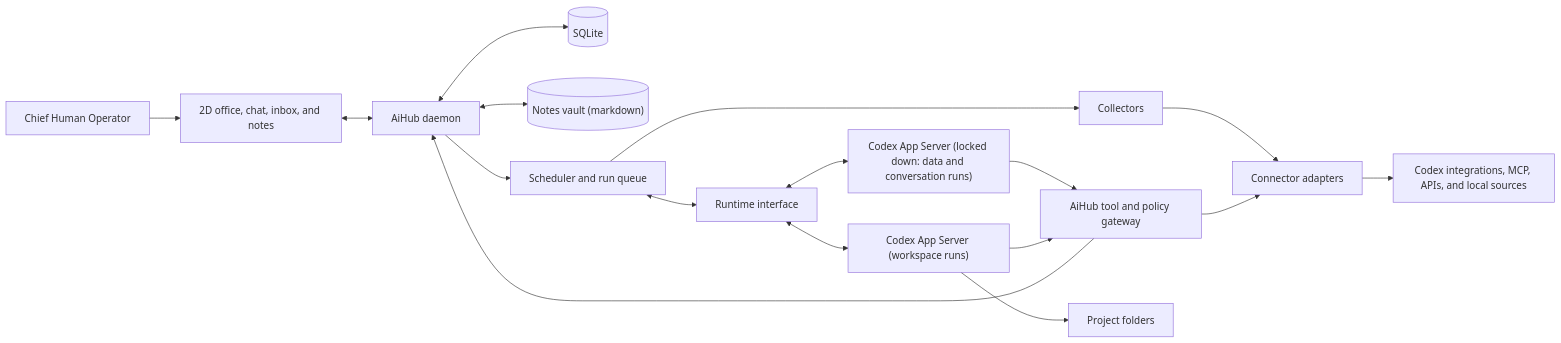
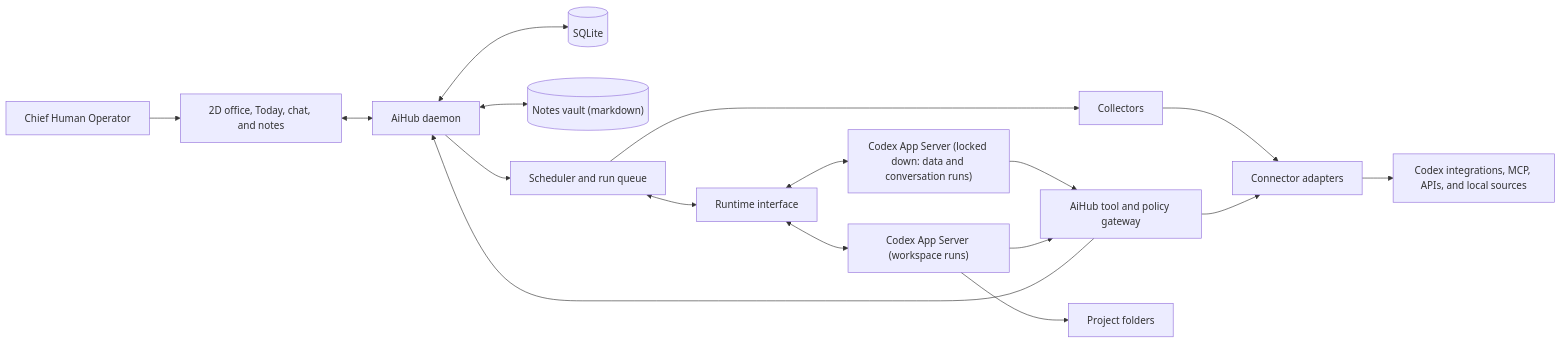
One commit to berggrenmille/AiHub changed the diagram in DESIGN.md. Above: the diagram before and after it, drawn with Mermaid. The commit also changed other lines of this file and 30 other files, not shown here.

First line of the commit message:
Read the briefing on a Today page: what needs the operator first, then each supervisor's section

````diff
--- a/DESIGN.md
+++ b/DESIGN.md
@@ -73,19 +75,19 @@
 ```mermaid
 flowchart LR
-    U["Chief Human Operator"] --> UI["2D office, chat, inbox, and notes"]
+    U["Chief Human Operator"] --> UI["2D office, Today, chat, and notes"]
     UI <--> H["AiHub daemon"]
     H <--> DB[("SQLite")]
     H <--> V[("Notes vault (markdown)")]
     H --> Q["Scheduler and run queue"]
     Q --> K["Collectors"]
     K --> C["Connector adapters"]
     Q <--> RI["Runtime interface"]
     RI <--> R["Codex App Server (locked down: data and conversation runs)"]
     RI <--> W["Codex App Server (workspace runs)"]
     R --> P["AiHub tool and policy gateway"]
     W --> P
     W --> F["Project folders"]
     P --> H
     P --> C
     C --> S["Codex integrations, MCP, APIs, and local sources"]
 ```
````
